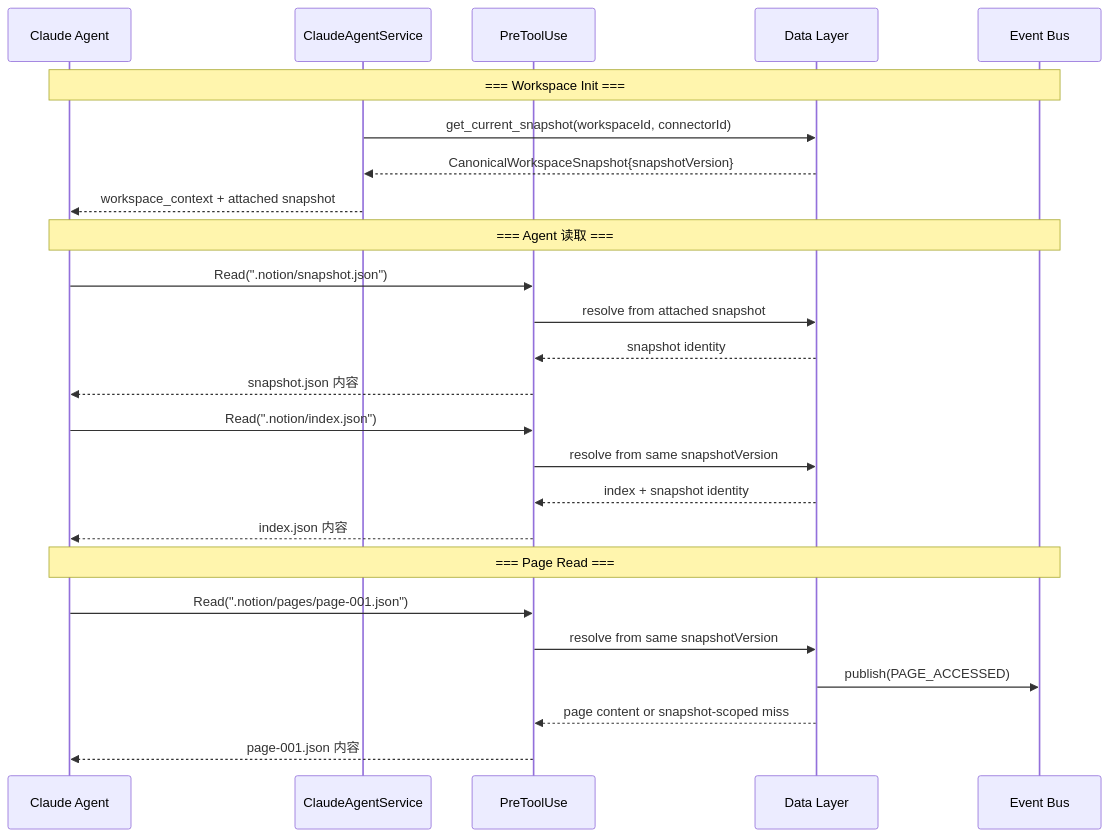
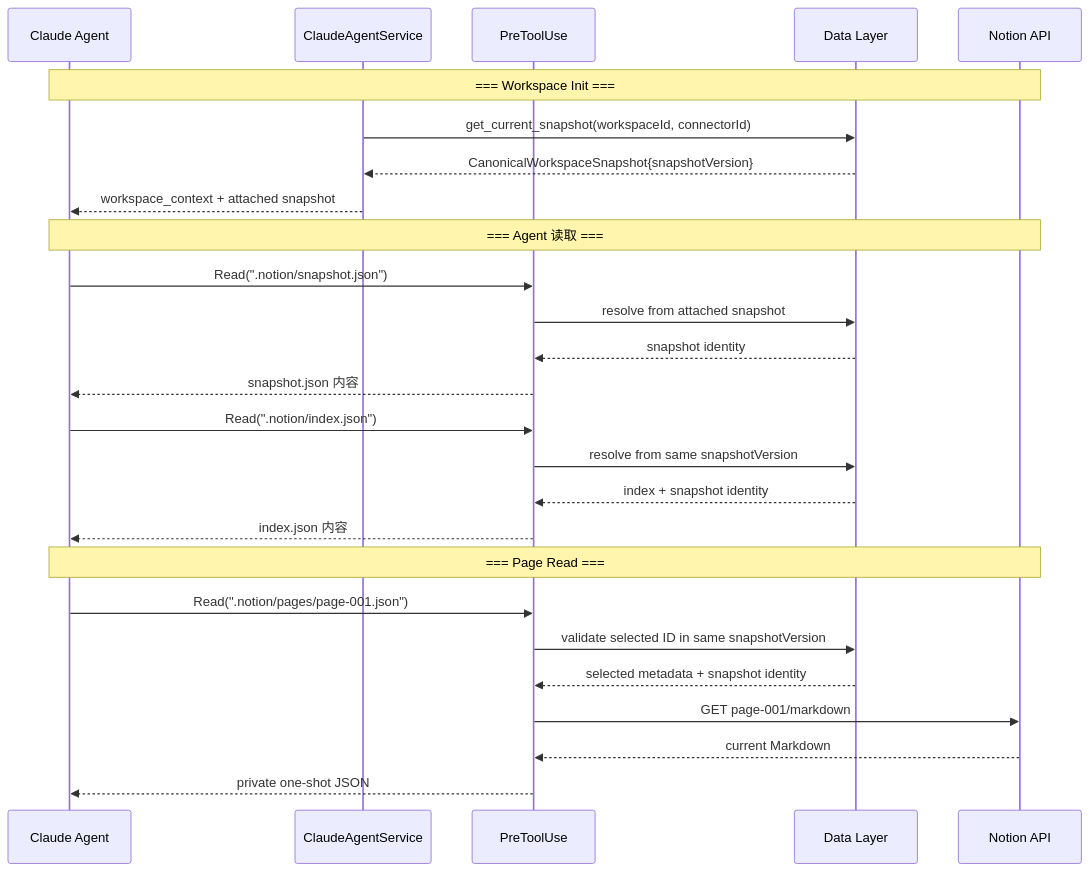
Diagram 13 of 18 in docs/design/claude-agent/notion-point/resource-connector-flowcharts.md (glide-the/im-dream), drawn with Mermaid before and after one commit. The commit also changed other lines of this file and 83 other files, not shown here.

Commit message:
feat(notion): add actor-scoped lazy runtime sync

````diff
--- a/docs/design/claude-agent/notion-point/resource-connector-flowcharts.md
+++ b/docs/design/claude-agent/notion-point/resource-connector-flowcharts.md
@@ -390,31 +398,32 @@
 ```mermaid
 sequenceDiagram
     participant Agent as Claude Agent
     participant Service as ClaudeAgentService
     participant Hook as PreToolUse
     participant Data as Data Layer
-    participant Bus as Event Bus
+    participant Notion as Notion API
 
-    Note over Agent,Bus: === Workspace Init ===
+    Note over Agent,Notion: === Workspace Init ===
     Service->>Data: get_current_snapshot(workspaceId, connectorId)
     Data-->>Service: CanonicalWorkspaceSnapshot{snapshotVersion}
     Service-->>Agent: workspace_context + attached snapshot
 
-    Note over Agent,Bus: === Agent 读取 ===
+    Note over Agent,Notion: === Agent 读取 ===
     Agent->>Hook: Read(".notion/snapshot.json")
     Hook->>Data: resolve from attached snapshot
     Data-->>Hook: snapshot identity
     Hook-->>Agent: snapshot.json 内容
 
     Agent->>Hook: Read(".notion/index.json")
     Hook->>Data: resolve from same snapshotVersion
     Data-->>Hook: index + snapshot identity
     Hook-->>Agent: index.json 内容
 
-    Note over Agent,Bus: === Page Read ===
+    Note over Agent,Notion: === Page Read ===
     Agent->>Hook: Read(".notion/pages/page-001.json")
-    Hook->>Data: resolve from same snapshotVersion
-    Data->>Bus: publish(PAGE_ACCESSED)
-    Data-->>Hook: page content or snapshot-scoped miss
-    Hook-->>Agent: page-001.json 内容
+    Hook->>Data: validate selected ID in same snapshotVersion
+    Data-->>Hook: selected metadata + snapshot identity
+    Hook->>Notion: GET page-001/markdown
+    Notion-->>Hook: current Markdown
+    Hook-->>Agent: private one-shot JSON
 ```
````
